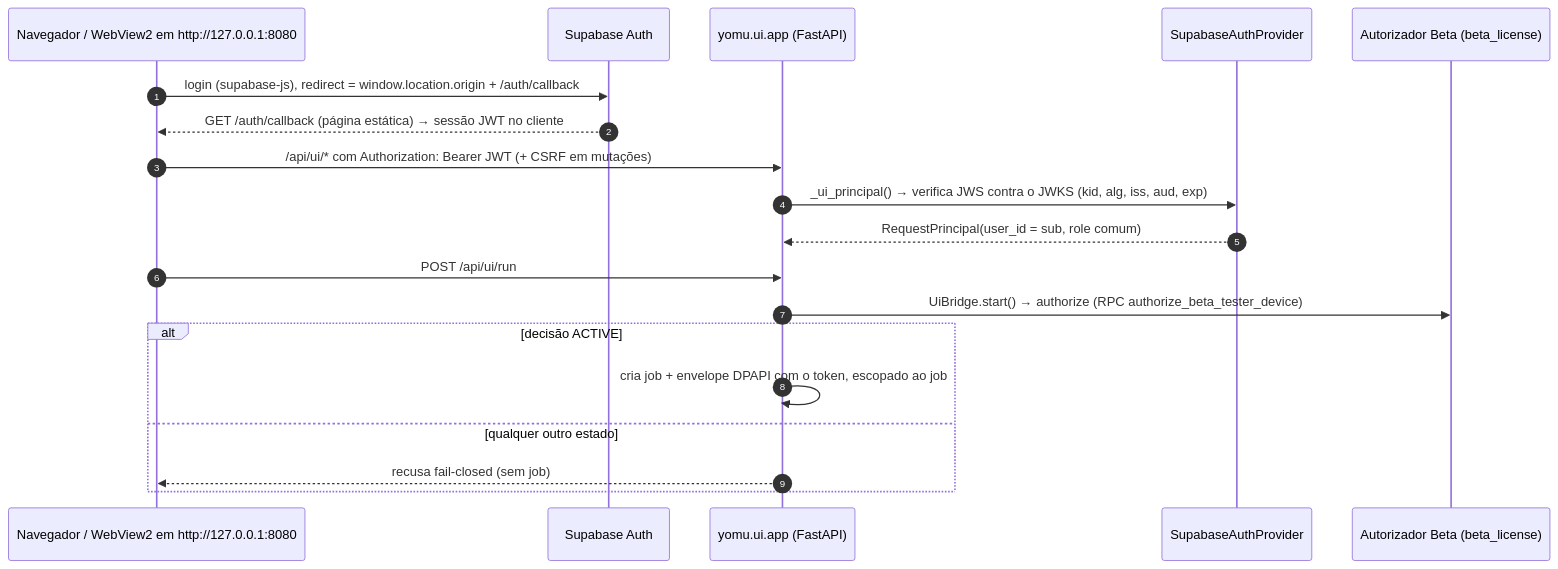
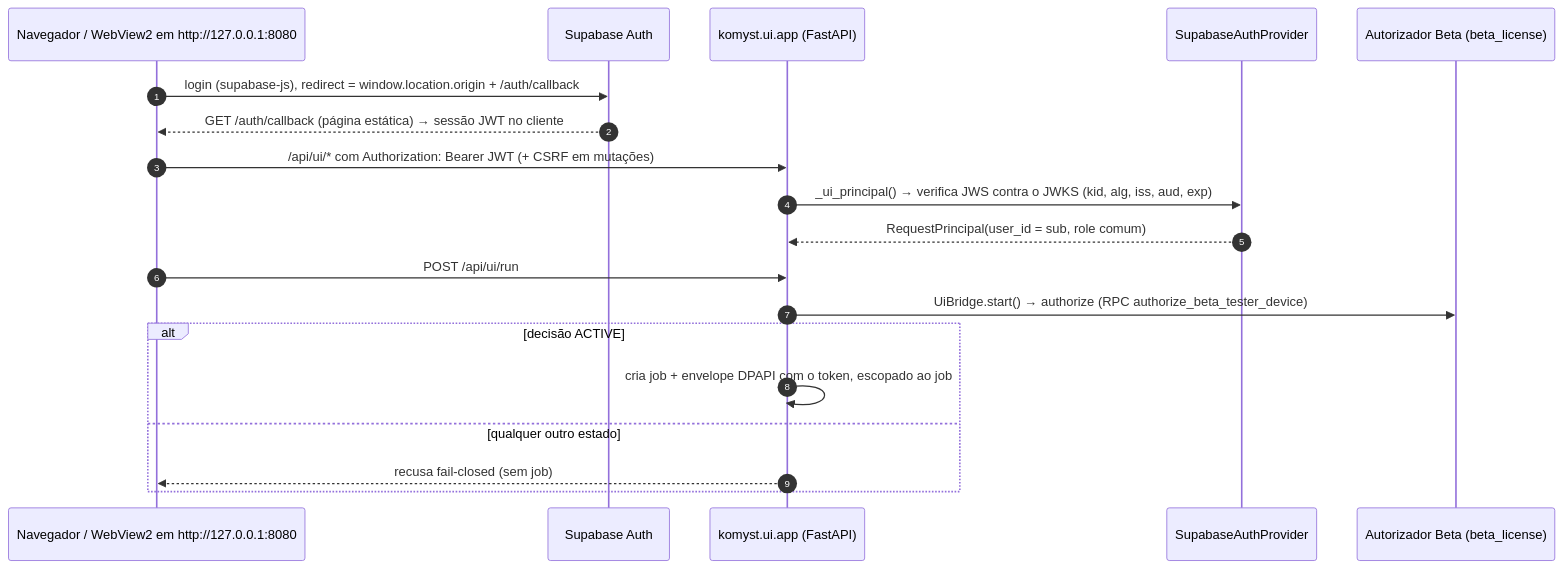
Before and after one commit to HenriquePvAr/Yomu-Sekai: diagram 14 of 17 in docs/technical/DOCUMENTACAO_TECNICA.md, drawn with Mermaid. The commit also changed other lines of this file and 49 other files, not shown here.

````diff
--- a/docs/technical/DOCUMENTACAO_TECNICA.md
+++ b/docs/technical/DOCUMENTACAO_TECNICA.md
@@ -2700,21 +2699,21 @@
 ```mermaid
 sequenceDiagram
     autonumber
     participant B as Navegador / WebView2 em http://127.0.0.1:8080
     participant SA as Supabase Auth
-    participant API as yomu.ui.app (FastAPI)
+    participant API as komyst.ui.app (FastAPI)
     participant V as SupabaseAuthProvider
     participant L as Autorizador Beta (beta_license)
     B->>SA: login (supabase-js), redirect = window.location.origin + /auth/callback
     SA-->>B: GET /auth/callback (página estática) → sessão JWT no cliente
     B->>API: /api/ui/* com Authorization: Bearer JWT (+ CSRF em mutações)
     API->>V: _ui_principal() → verifica JWS contra o JWKS (kid, alg, iss, aud, exp)
     V-->>API: RequestPrincipal(user_id = sub, role comum)
     B->>API: POST /api/ui/run
     API->>L: UiBridge.start() → authorize (RPC authorize_beta_tester_device)
     alt decisão ACTIVE
         API->>API: cria job + envelope DPAPI com o token, escopado ao job
     else qualquer outro estado
         API-->>B: recusa fail-closed (sem job)
     end
 ```
````
